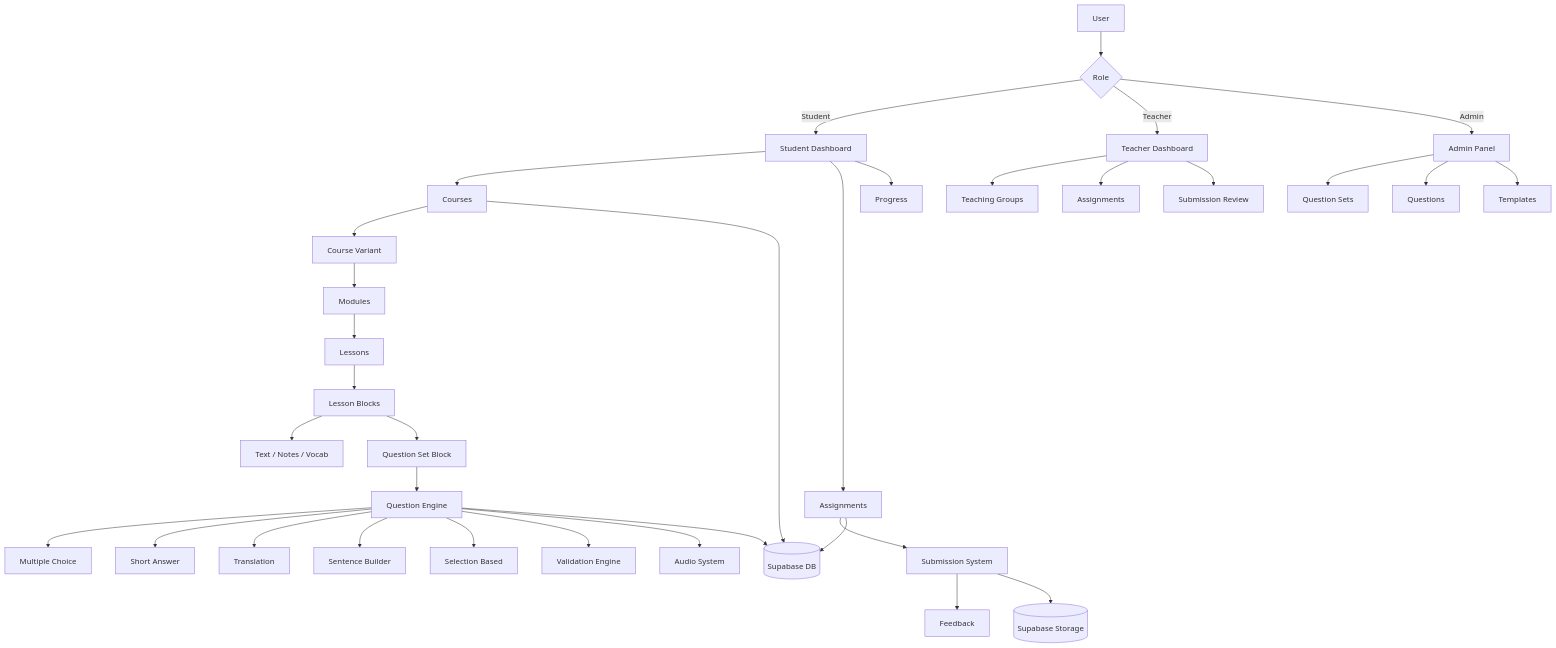
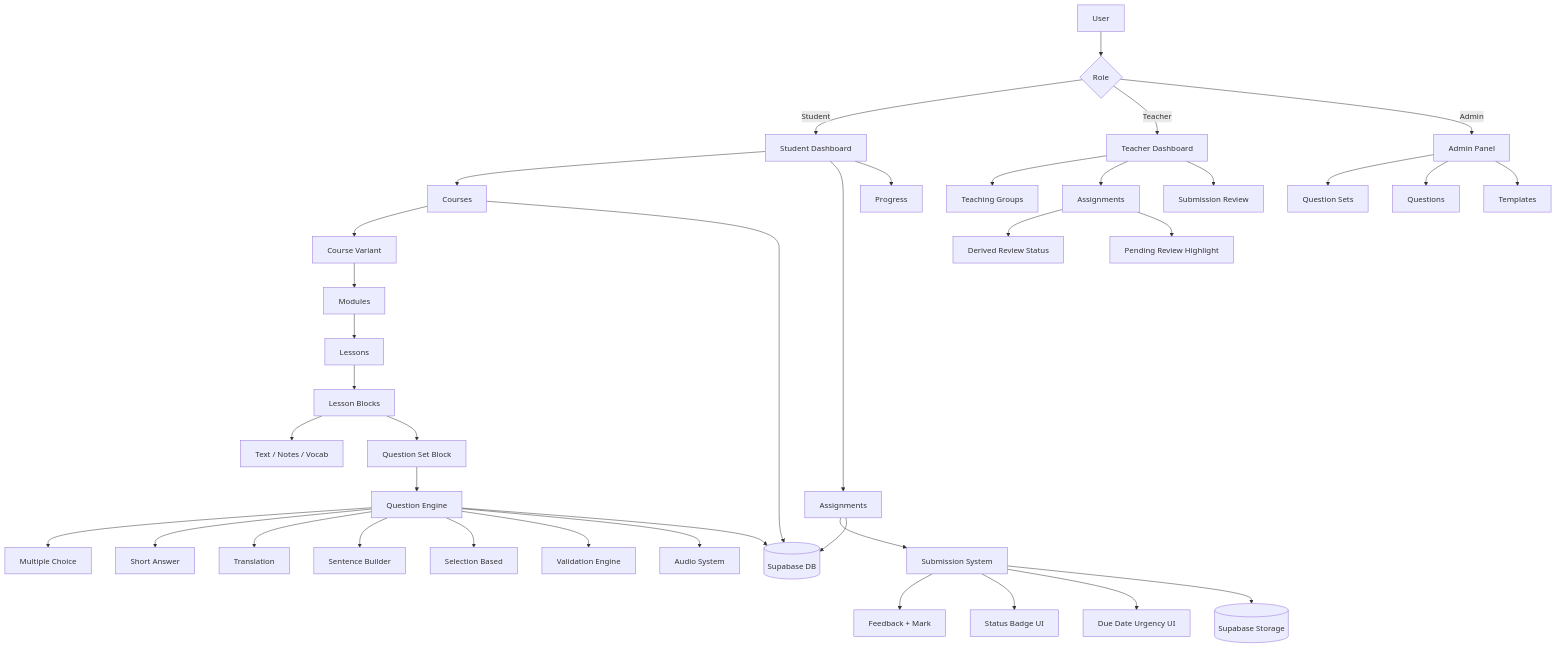
Before and after one commit to AntonV0/gcse-russian-platform: the first of 2 diagrams in docs/architecture.md, drawn with Mermaid. The commit also changed other lines of this file and 2 other files, not shown here.

Commit message:
docs(platform): update README, architecture, and decisions with assignment system and UX improvements

````diff
--- a/docs/architecture.md
+++ b/docs/architecture.md
@@ -9,48 +9,53 @@
 ```mermaid
 flowchart TD
 
   U[User] --> R{Role}
 
   R -->|Student| SD[Student Dashboard]
   R -->|Teacher| TD[Teacher Dashboard]
   R -->|Admin| AD[Admin Panel]
 
   SD --> C[Courses]
   SD --> A1[Assignments]
   SD --> P[Progress]
 
   TD --> TG[Teaching Groups]
   TD --> TA[Assignments]
   TD --> TR[Submission Review]
 
   AD --> QS[Question Sets]
   AD --> Q[Questions]
   AD --> TMP[Templates]
 
   C --> CV[Course Variant]
   CV --> M[Modules]
   M --> L[Lessons]
 
   L --> LB[Lesson Blocks]
   LB --> TXT[Text / Notes / Vocab]
   LB --> QS2[Question Set Block]
 
   QS2 --> QSE[Question Engine]
 
   QSE --> MCQ[Multiple Choice]
   QSE --> SA[Short Answer]
   QSE --> TRN[Translation]
   QSE --> SB[Sentence Builder]
   QSE --> SEL[Selection Based]
 
   QSE --> VAL[Validation Engine]
   QSE --> AU[Audio System]
 
   A1 --> SUB[Submission System]
-  SUB --> FB[Feedback]
+  SUB --> FB[Feedback + Mark]
+  SUB --> STAT[Status Badge UI]
+  SUB --> DUE[Due Date Urgency UI]
+
+  TA --> REV[Derived Review Status]
+  TA --> HILITE[Pending Review Highlight]
 
   SUB --> ST[(Supabase Storage)]
   QSE --> DB[(Supabase DB)]
   C --> DB
   A1 --> DB
 ```
````
